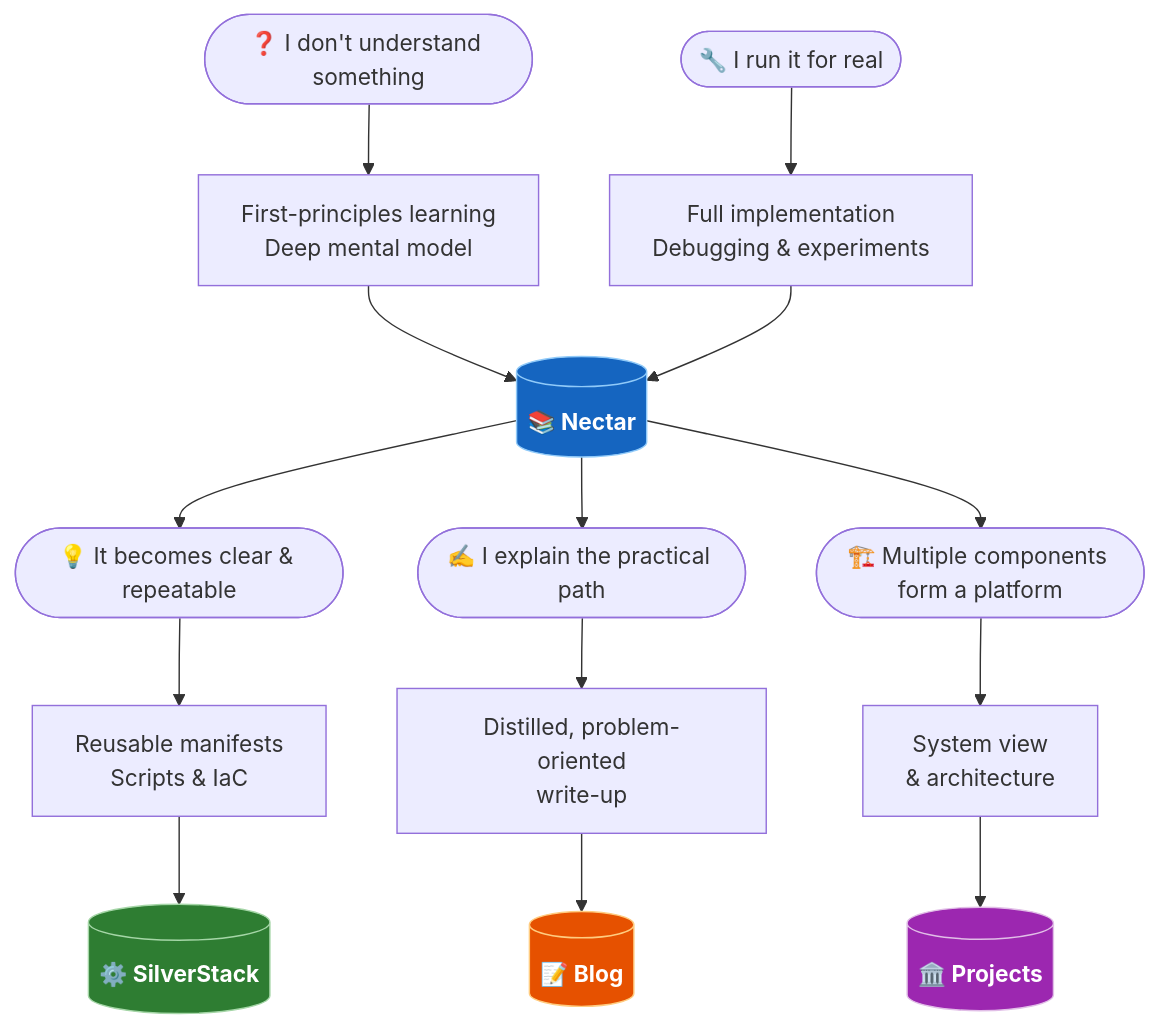
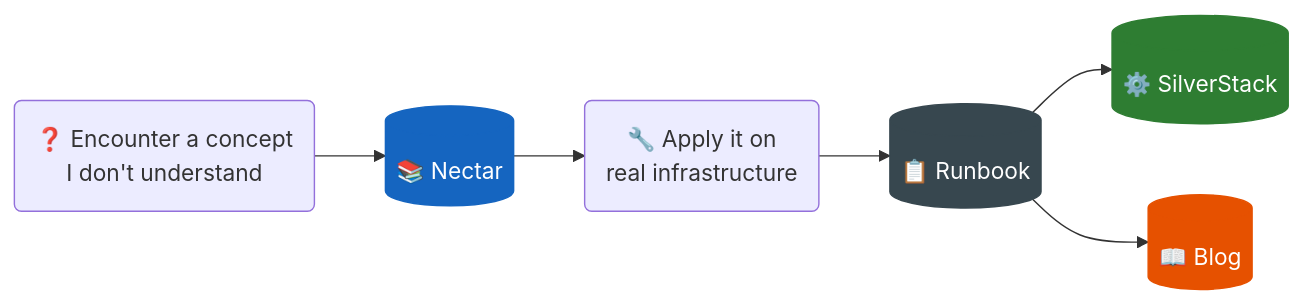
Before and after one commit to ibtisam-iq/ibtisam-iq: the diagram in README.md, drawn with Mermaid. The commit also changed other lines of this file, not shown here.

````diff
--- a/README.md
+++ b/README.md
@@ -22,24 +23,15 @@
 ```mermaid
-flowchart TD
-    A(["❓ I don't understand something"])
-    B["First-principles learning<br/>Deep mental model"]
-    C(["🔧 I run it for real"])
-    D["Full implementation<br/>Debugging & experiments"]
-    E(["💡 It becomes clear & repeatable"])
-    F["Reusable manifests<br/>Scripts & IaC"]
-    G(["✍️ I explain the practical path"])
-    H["Distilled, problem-oriented<br/>write-up"]
-    I(["🏗️ Multiple components form a platform"])
-    J["System view<br/>& architecture"]
+flowchart LR
+    A("❓ Encounter a concept\nI don't understand")
+    --> B[("📚 Nectar")]
+    --> C("🔧 Apply it on\nreal infrastructure")
+    --> D[("📋 Runbook")]
+    --> E[("⚙️ SilverStack")]
 
-    A --> B --> NECTAR[("<b>📚 Nectar</b>")]
-    C --> D --> NECTAR
-    NECTAR --> E --> F --> SILVER[("<b>⚙️ SilverStack</b>")]
-    NECTAR --> G --> H --> BLOG[("<b>📝 Blog</b>")]
-    NECTAR --> I --> J --> PROJECTS[("<b>🏛️ Projects</b>")]
+    D --> F[("📖 Blog")]
 
-    style NECTAR   fill:#1565c0,color:#ffffff,stroke:#90caf9
-    style SILVER   fill:#2e7d32,color:#ffffff,stroke:#a5d6a7
-    style BLOG     fill:#e65100,color:#ffffff,stroke:#ffcc80
-    style PROJECTS fill:#9c27b0,color:#ffffff,stroke:#e1bee7
+    style B fill:#1565C0,color:#fff,stroke:#1565C0
+    style D fill:#37474F,color:#fff,stroke:#37474F
+    style E fill:#2E7D32,color:#fff,stroke:#2E7D32
+    style F fill:#E65100,color:#fff,stroke:#E65100
 ```
````
